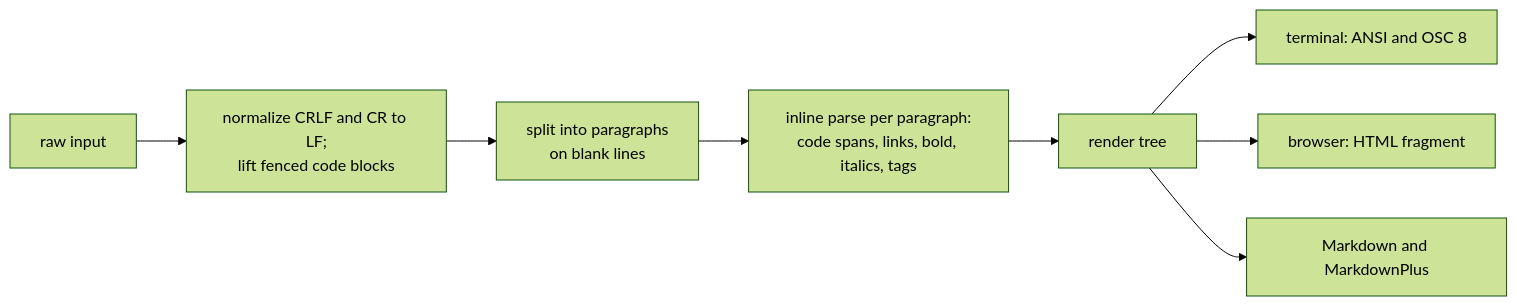
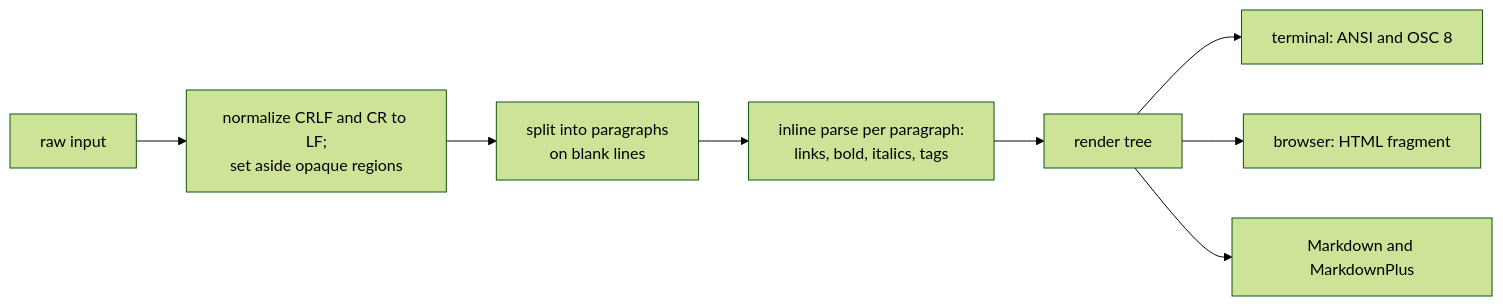
One commit to yankeeinlondon/rusty-biscuit changed the first of 2 diagrams in biscuit-terminal/docs/components/prose.md. Above: the diagram before and after it, drawn with Mermaid (forest theme). The commit also changed other lines of this file and 5 other files, not shown here.

First line of the commit message:
docs(biscuit-terminal): document Prose opaque regions and link handling

````diff
--- a/biscuit-terminal/docs/components/prose.md
+++ b/biscuit-terminal/docs/components/prose.md
@@ -51,10 +51,10 @@
 ```mermaid
 flowchart LR
-    A[raw input] --> B[normalize CRLF and CR to LF;<br/>lift fenced code blocks]
+    A[raw input] --> B[normalize CRLF and CR to LF;<br/>set aside opaque regions]
     B --> C[split into paragraphs<br/>on blank lines]
-    C --> D[inline parse per paragraph:<br/>code spans, links, bold, italics, tags]
+    C --> D[inline parse per paragraph:<br/>links, bold, italics, tags]
     D --> E[render tree]
     E --> T[terminal: ANSI and OSC 8]
     E --> H[browser: HTML fragment]
     E --> M[Markdown and MarkdownPlus]
 ```
````
